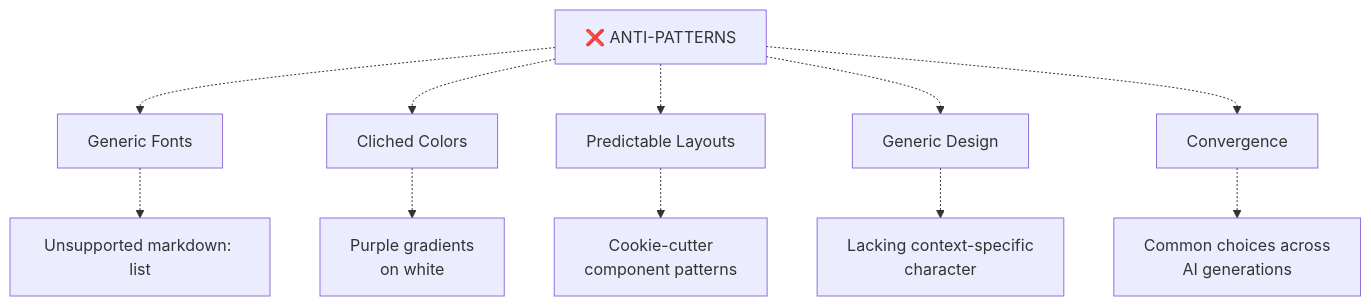
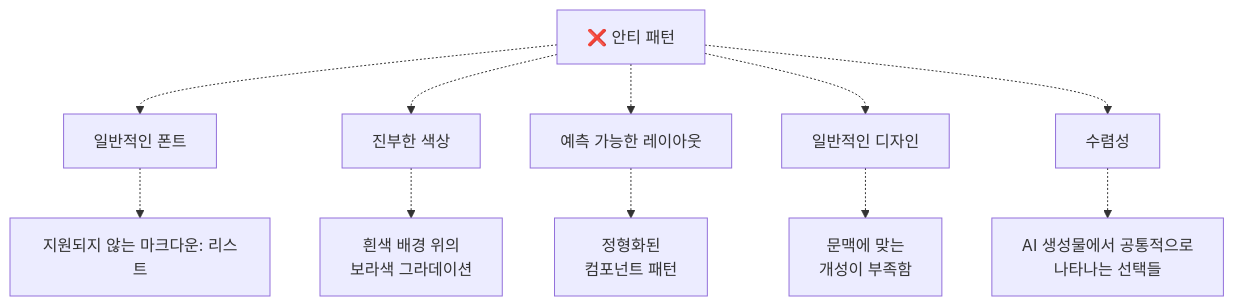
The fifth of 7 diagrams in docs/agents/frontend-ui-ux-engineer.md (felipetruman/oh-my-opencode-docs), drawn with Mermaid before and after one commit. The commit also changed other lines of this file and 76 other files, not shown here.

````diff
--- a/docs/agents/frontend-ui-ux-engineer.md
+++ b/docs/agents/frontend-ui-ux-engineer.md
@@ -344,26 +344,26 @@
 ```mermaid
 flowchart TD
 
-AntiPatterns["❌ ANTI-PATTERNS"]
-Fonts["Generic Fonts"]
-Fonts_List["Unsupported markdown: list"]
-Colors["Cliched Colors"]
-Colors_List["Purple gradients<br>on white"]
-Layouts["Predictable Layouts"]
-Layouts_List["Cookie-cutter<br>component patterns"]
-Generic["Generic Design"]
-Generic_List["Lacking context-specific<br>character"]
-Convergence["Convergence"]
-Convergence_List["Common choices across<br>AI generations"]
+AntiPatterns["❌ 안티 패턴"]
+Fonts["일반적인 폰트"]
+Fonts_List["지원되지 않는 마크다운: 리스트"]
+Colors["진부한 색상"]
+Colors_List["흰색 배경 위의<br>보라색 그라데이션"]
+Layouts["예측 가능한 레이아웃"]
+Layouts_List["정형화된<br>컴포넌트 패턴"]
+Generic["일반적인 디자인"]
+Generic_List["문맥에 맞는<br>개성이 부족함"]
+Convergence["수렴성"]
+Convergence_List["AI 생성물에서 공통적으로<br>나타나는 선택들"]
 
 AntiPatterns -.-> Fonts
 AntiPatterns -.-> Colors
 AntiPatterns -.-> Layouts
 AntiPatterns -.-> Generic
 AntiPatterns -.-> Convergence
 Fonts -.-> Fonts_List
 Colors -.-> Colors_List
 Layouts -.-> Layouts_List
 Generic -.-> Generic_List
 Convergence -.-> Convergence_List
 ```
````
